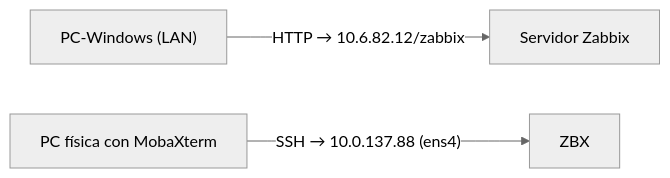
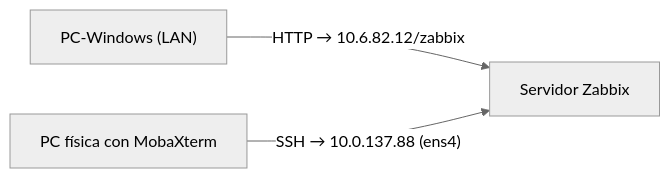
One commit to MRMLD/Practica-de-Redes-Zabbix- changed the third of 3 diagrams in README.md. Above: the diagram before and after it, drawn with Mermaid (neutral theme). The commit also changed other lines of this file, not shown here.

````diff
--- a/README.md
+++ b/README.md
@@ -113,5 +101,5 @@
 ```mermaid
 graph LR
-    PC\["PC-Windows (LAN)"] -- "HTTP → 10.6.82.12/zabbix" --> ZBX\["Servidor Zabbix"]
-    HOST\["PC física con MobaXterm"] -- "SSH → 10.0.137.88 (ens4)" --> ZBX
+    PC["PC-Windows (LAN)"] -- "HTTP → 10.6.82.12/zabbix" --> ZBX["Servidor Zabbix"]
+    HOST["PC física con MobaXterm"] -- "SSH → 10.0.137.88 (ens4)" --> ZBX
 ```
````
